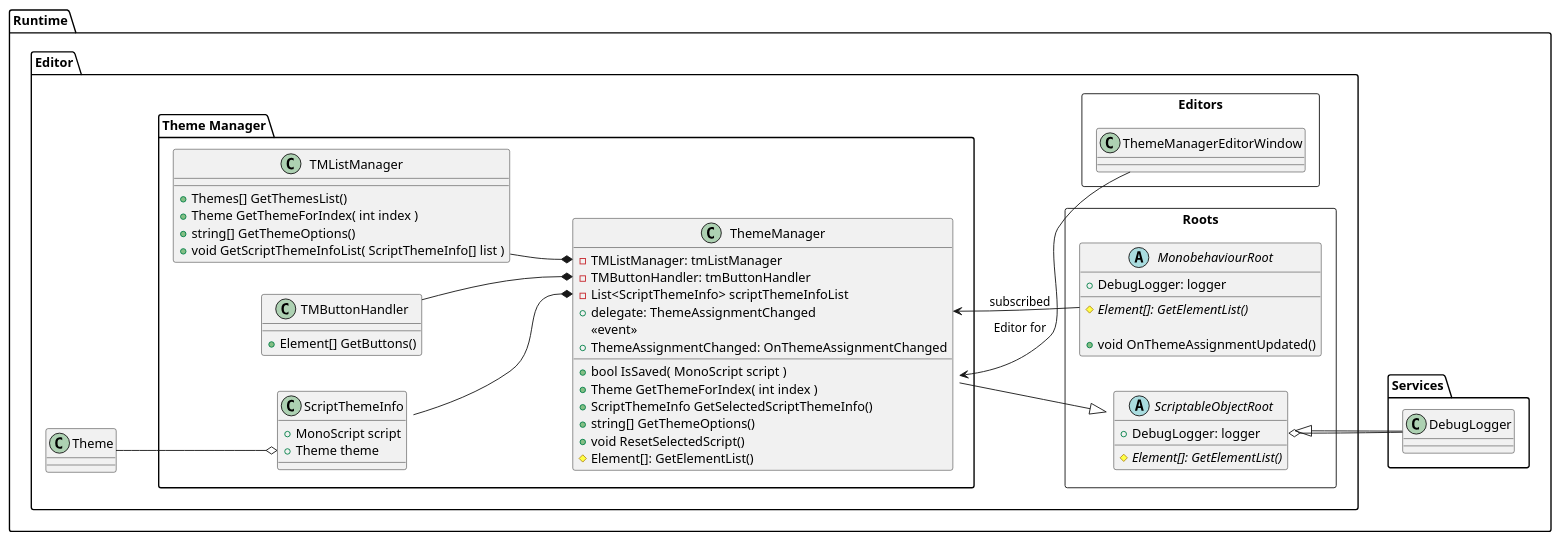
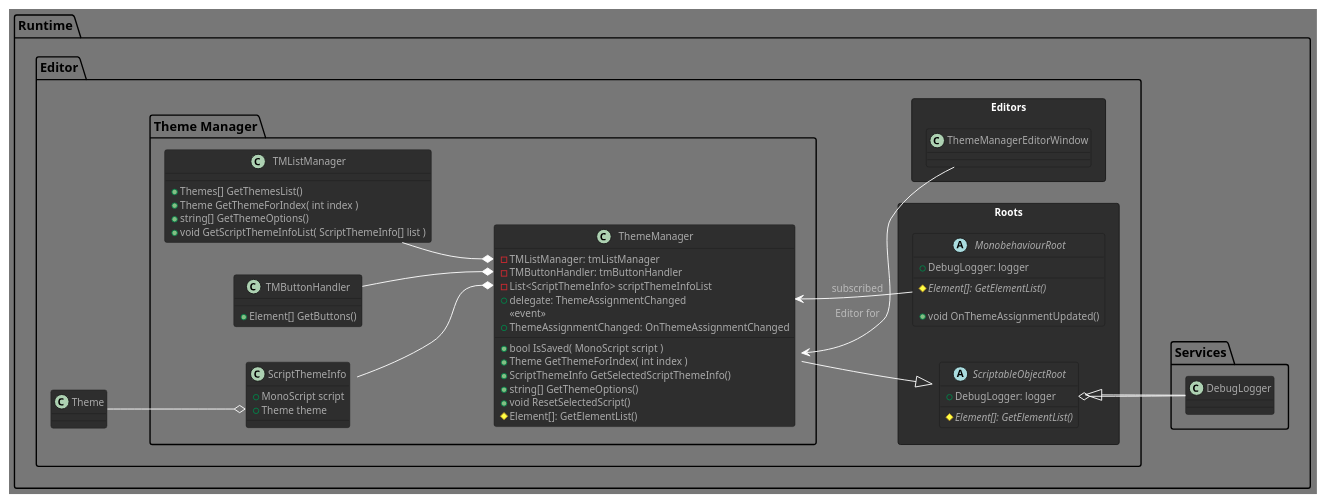
The diagram in UML/EditorModules/ThemeManager.puml (arbitrarynotion/com.ianritter.aceuiframework), drawn with PlantUML before and after one commit. The commit also changed 111 other files, not shown here.

```diff
--- a/UML/EditorModules/ThemeManager.puml
+++ b/UML/EditorModules/ThemeManager.puml
@@ -1,99 +1,104 @@
 @startuml
+
+!theme reddress-darkblue
+' !theme reddress-darkorange
+' !include https://raw.githubusercontent.com/bschwarz/puml-themes/master/themes/cyborg/puml-theme-cyborg.puml
+
 
 left to right direction
 
 package "Runtime" <<Folder>> {
 
     package "Services"{
         class DebugLogger{
         }
    
     }
     
     
     
     package "Editor" <<Folder>> {
     
         package "Roots" <<Rectangle>> {
             abstract class ScriptableObjectRoot{
                 + DebugLogger: logger
                 {abstract} # Element[]: GetElementList()
             }
             
             abstract class MonobehaviourRoot{
                 + DebugLogger: logger
                 {abstract} # Element[]: GetElementList()
                 
                 + void OnThemeAssignmentUpdated()
             }
         }
         
         
         
         package "Editors" <<Rectangle>> {
             class ThemeManagerEditorWindow{
                 
             }
         }
         
         class Theme{
         }
        
         
         
         DebugLogger -down-o ScriptableObjectRoot::logger
         DebugLogger -up-|> ScriptableObjectRoot
 
     
         package "Theme Manager" {
             ThemeManagerEditorWindow -up-> ThemeManager : Editor for
             ThemeManager --|> ScriptableObjectRoot
             
             MonobehaviourRoot --> ThemeManager::ThemeAssignmentChanged : subscribed
             TMListManager --* ThemeManager::tmListManager
             TMButtonHandler --* ThemeManager::tmButtonHandler
             ScriptThemeInfo --* ThemeManager::scriptThemeInfoList
             
             Theme --o ScriptThemeInfo::theme
 
             
             
             class ThemeManager{
                 - TMListManager: tmListManager
                 - TMButtonHandler: tmButtonHandler
                 - List<ScriptThemeInfo> scriptThemeInfoList
                 + delegate: ThemeAssignmentChanged
                 <<event>>
                 + ThemeAssignmentChanged: OnThemeAssignmentChanged
 
                 
                 + bool IsSaved( MonoScript script )
                 + Theme GetThemeForIndex( int index )
                 + ScriptThemeInfo GetSelectedScriptThemeInfo()
                 + string[] GetThemeOptions()
                 + void ResetSelectedScript()
                 # Element[]: GetElementList()
             }
             
             class ScriptThemeInfo{
                 + MonoScript script
                 + Theme theme
             }
             
             class TMButtonHandler{
                 + Element[] GetButtons()
             }
             
             class TMListManager{
                 + Themes[] GetThemesList()
                 + Theme GetThemeForIndex( int index )
                 + string[] GetThemeOptions()
                 + void GetScriptThemeInfoList( ScriptThemeInfo[] list )
             }
         }
     }
 
 }
 
 
 @enduml
```
